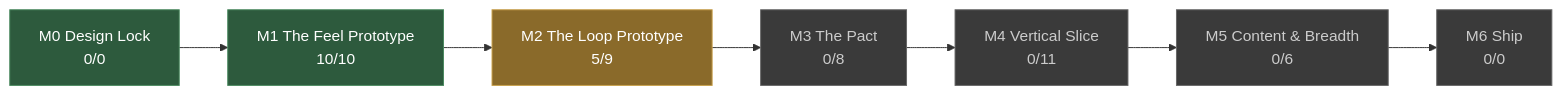
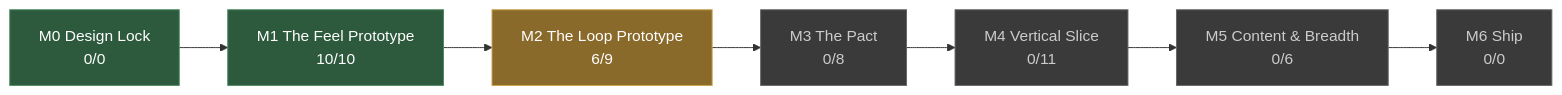
One commit to JoshuaGessner/she changed the diagram in docs/STATUS.md. Above: the diagram before and after it, drawn with Mermaid. The commit also changed other lines of this file and 18 other files, not shown here.

````diff
--- a/docs/STATUS.md
+++ b/docs/STATUS.md
@@ -13,19 +13,19 @@
 ```mermaid
 flowchart LR
   M0["M0 Design Lock<br/>0/0"]:::passed
   M1["M1 The Feel Prototype<br/>10/10"]:::passed
   M0 --> M1
-  M2["M2 The Loop Prototype<br/>5/9"]:::current
+  M2["M2 The Loop Prototype<br/>6/9"]:::current
   M1 --> M2
   M3["M3 The Pact<br/>0/8"]:::ahead
   M2 --> M3
   M4["M4 Vertical Slice<br/>0/11"]:::ahead
   M3 --> M4
   M5["M5 Content & Breadth<br/>0/6"]:::ahead
   M4 --> M5
   M6["M6 Ship<br/>0/0"]:::ahead
   M5 --> M6
   classDef passed fill:#2d5a3d,stroke:#4a8a5f,color:#fff
   classDef current fill:#8a6a2a,stroke:#c8a04a,color:#fff
   classDef ahead fill:#3a3a3a,stroke:#666,color:#ccc
 ```
````
